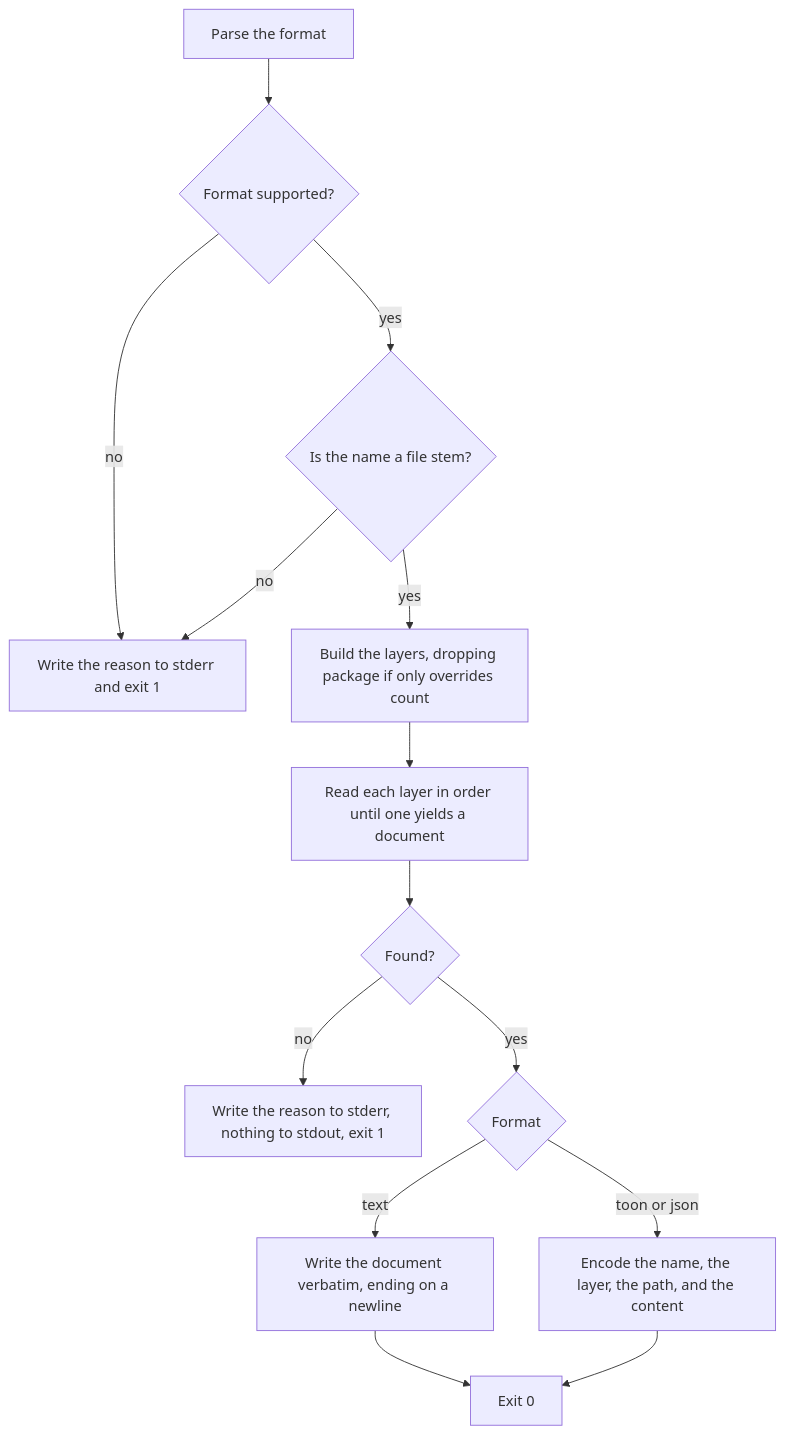
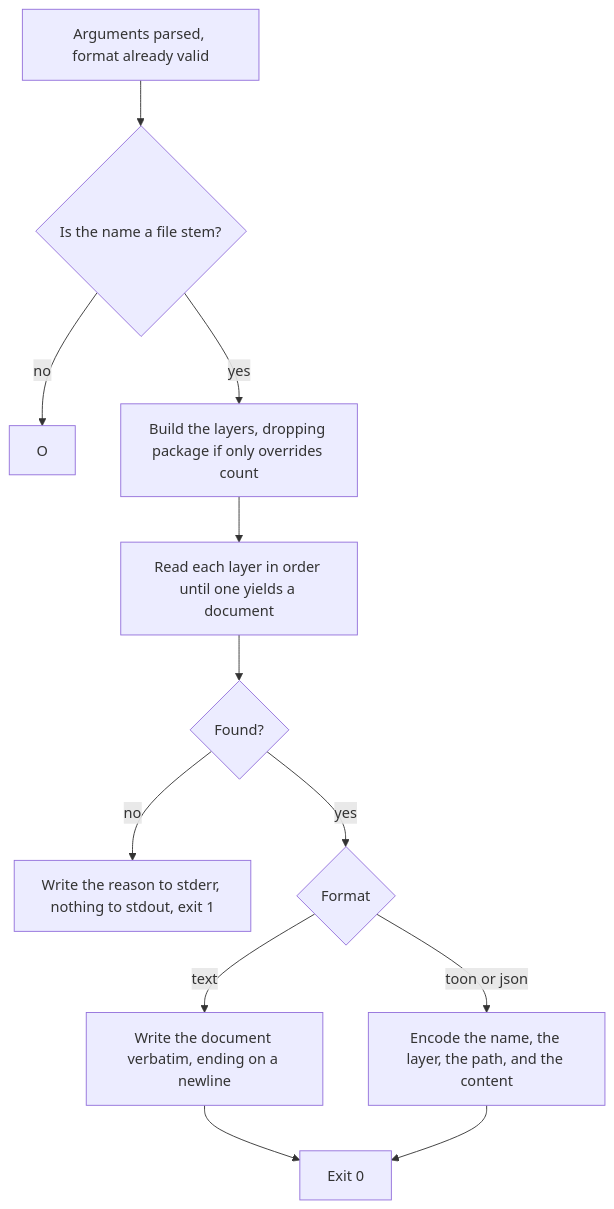
Before and after one commit to repobuddy/buddy-agent-harness: the second of 2 diagrams in packages/buddy-agent-harness/.agents/spec/cli/governance-overrides/README.md, drawn with Mermaid. The commit also changed other lines of this file and 29 other files, not shown here.

````diff
--- a/packages/buddy-agent-harness/.agents/spec/cli/governance-overrides/README.md
+++ b/packages/buddy-agent-harness/.agents/spec/cli/governance-overrides/README.md
@@ -171,16 +171,14 @@
 ```mermaid
 flowchart TD
-  M[Parse the format] --> N{Format supported?}
-  N -->|no| O[Write the reason to stderr and exit 1]
-  N -->|yes| P{Is the name a file stem?}
+  M[Arguments parsed, format already valid] --> P{Is the name a file stem?}
   P -->|no| O
   P -->|yes| Q[Build the layers, dropping package if only overrides count]
   Q --> R[Read each layer in order until one yields a document]
   R --> S{Found?}
   S -->|no| T[Write the reason to stderr, nothing to stdout, exit 1]
   S -->|yes| U{Format}
   U -->|text| V[Write the document verbatim, ending on a newline]
   U -->|toon or json| W[Encode the name, the layer, the path, and the content]
   V --> X[Exit 0]
   W --> X
 ```
````
